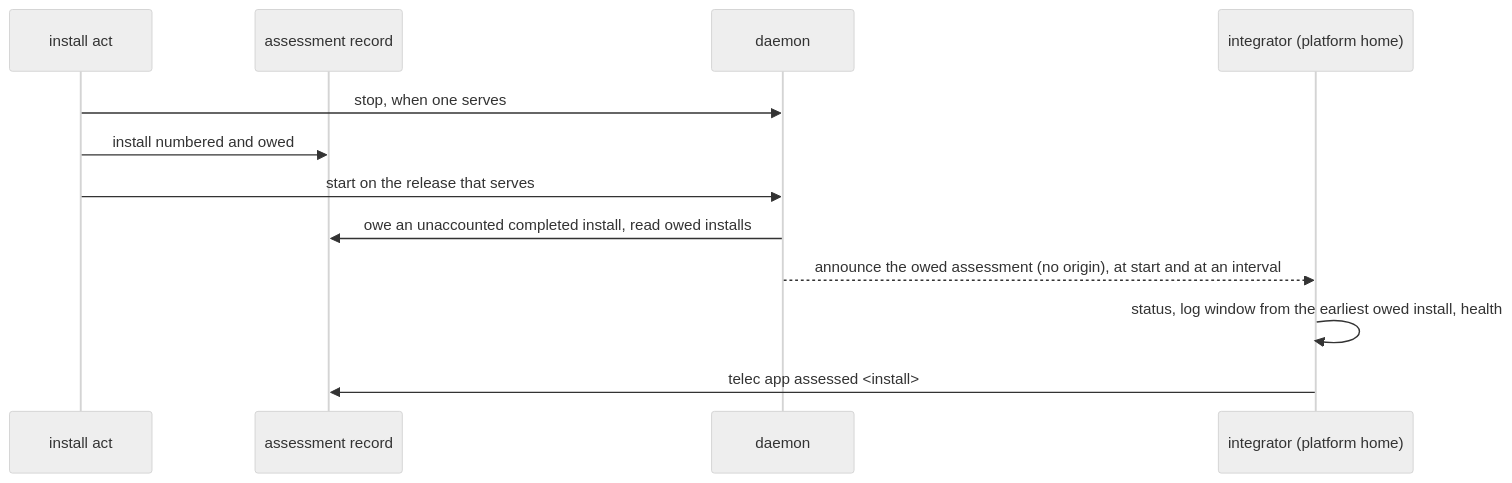
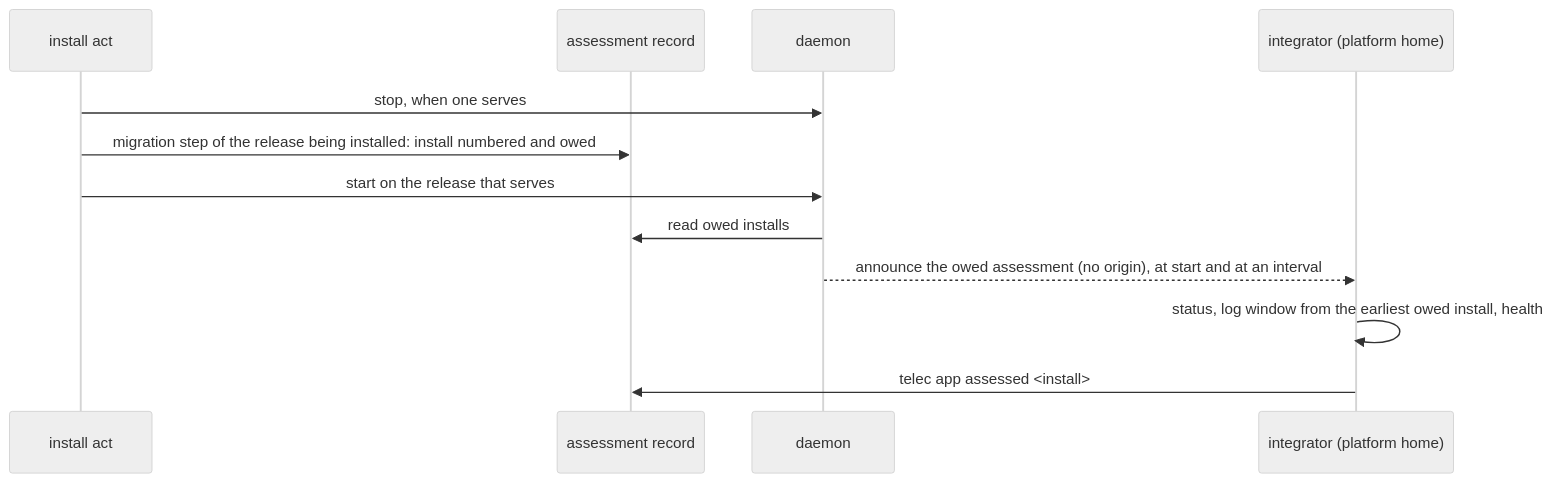
The third of 3 diagrams in docs/local/design/architecture/installation.md (InstruktAI/TeleClaude), drawn with Mermaid (neutral theme) before and after one commit. The commit also changed other lines of this file and 2 other files, not shown here.

First line of the commit message:
docs(installation): the release being installed records the owed install in its migration step [skip ci]

````diff
--- a/docs/local/design/architecture/installation.md
+++ b/docs/local/design/architecture/installation.md
@@ -226,14 +226,14 @@
 ```mermaid
 sequenceDiagram
   participant Rec as install act
   participant IR as assessment record
   participant D as daemon
   participant I as integrator (platform home)
   Rec->>D: stop, when one serves
-  Rec->>IR: install numbered and owed
+  Rec->>IR: migration step of the release being installed: install numbered and owed
   Rec->>D: start on the release that serves
-  D->>IR: owe an unaccounted completed install, read owed installs
+  D->>IR: read owed installs
   D-->>I: announce the owed assessment (no origin), at start and at an interval
   I->>I: status, log window from the earliest owed install, health
   I->>IR: telec app assessed <install>
 ```
````
